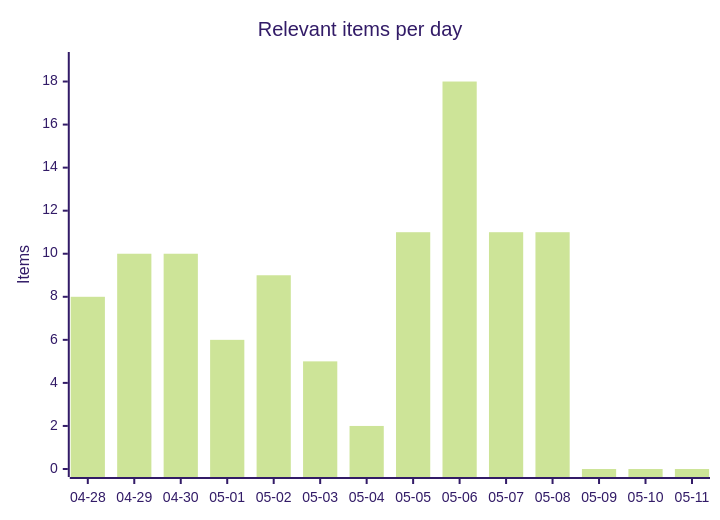
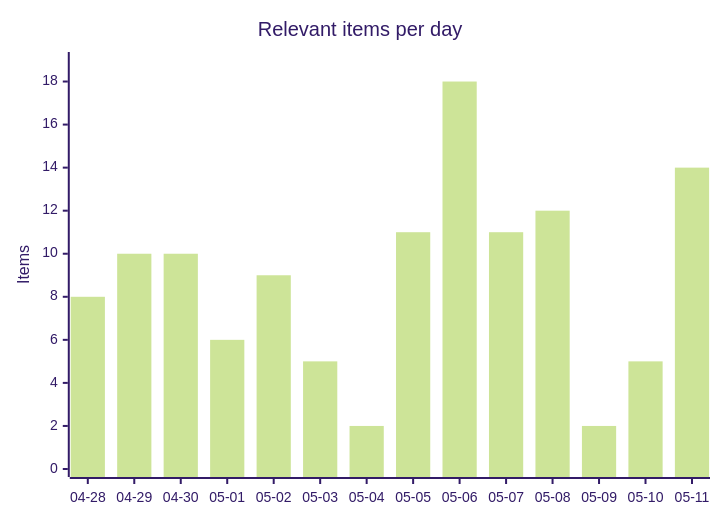
The first of 4 diagrams in README.md (martinbalfanz/social-scanner-reports), drawn with Mermaid (forest theme) before and after one commit. The commit also changed other lines of this file and 2 other files, not shown here.

````diff
--- a/README.md
+++ b/README.md
@@ -30,7 +30,7 @@
 ```mermaid
 xychart-beta
     title "Relevant items per day"
     x-axis ["04-28", "04-29", "04-30", "05-01", "05-02", "05-03", "05-04", "05-05", "05-06", "05-07", "05-08", "05-09", "05-10", "05-11"]
     y-axis "Items" 0 --> 19
-    bar [8, 10, 10, 6, 9, 5, 2, 11, 18, 11, 11, 0, 0, 0]
+    bar [8, 10, 10, 6, 9, 5, 2, 11, 18, 11, 12, 2, 5, 14]
 ```
````
